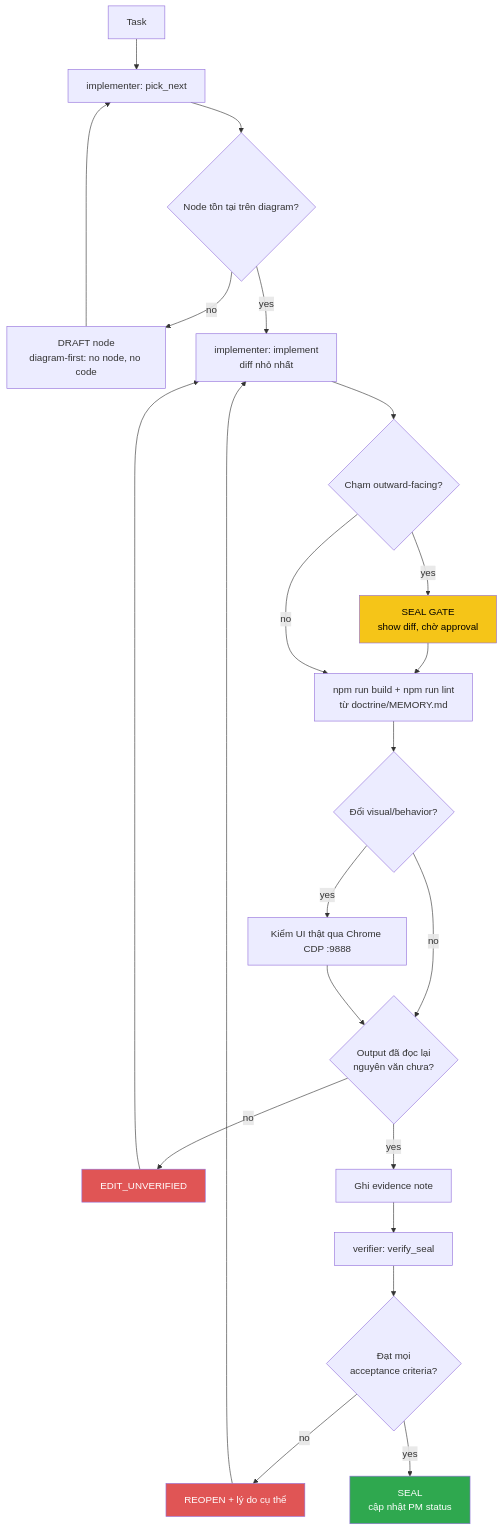
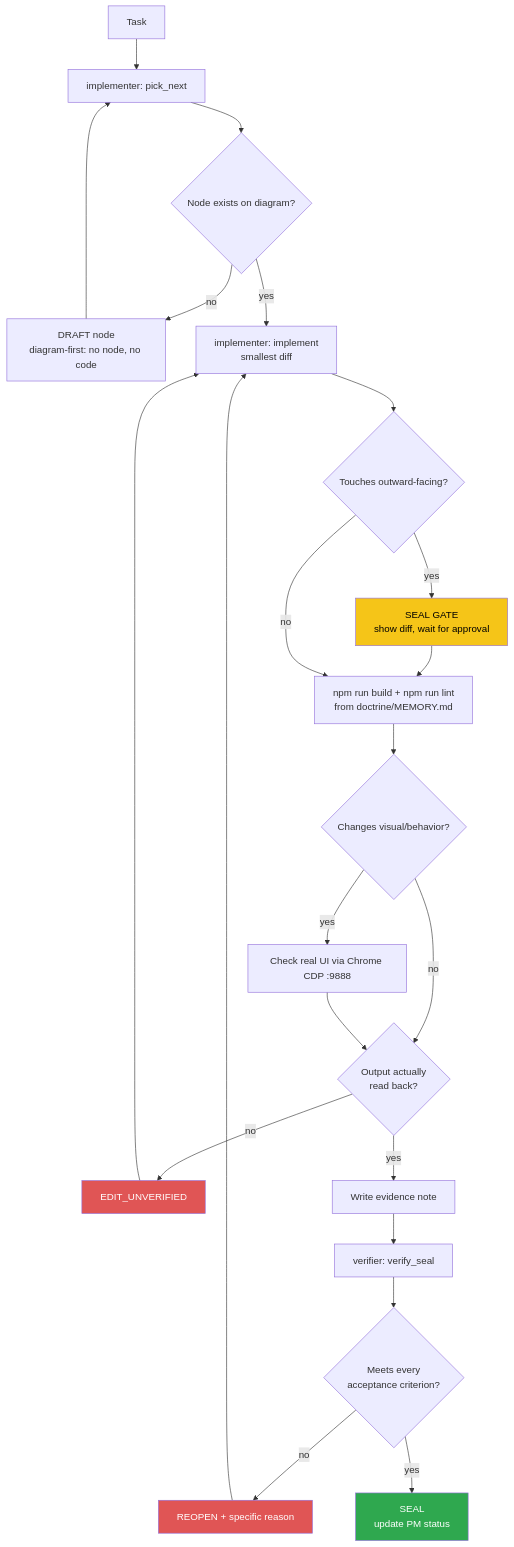
Before and after one commit to datvt243/datvt243.github.io: the diagram in agent-hub/haven/diagrams/dev-loop.prime-mermaid.md, drawn with Mermaid. The commit also changed other lines of this file and 34 other files, not shown here.

First line of the commit message:
docs: translate agent-hub doctrine/haven/evidence/histories to English

````diff
--- a/agent-hub/haven/diagrams/dev-loop.prime-mermaid.md
+++ b/agent-hub/haven/diagrams/dev-loop.prime-mermaid.md
@@ -10,31 +10,31 @@
 ```mermaid
 flowchart TD
     task[Task] --> pick[implementer: pick_next]
-    pick --> exist{Node tồn tại trên diagram?}
+    pick --> exist{Node exists on diagram?}
     exist -- no --> draft[DRAFT node<br/>diagram-first: no node, no code]
     draft --> pick
-    exist -- yes --> impl[implementer: implement<br/>diff nhỏ nhất]
-    impl --> outward{Chạm outward-facing?}
-    outward -- yes --> gate[SEAL GATE<br/>show diff, chờ approval]
+    exist -- yes --> impl[implementer: implement<br/>smallest diff]
+    impl --> outward{Touches outward-facing?}
+    outward -- yes --> gate[SEAL GATE<br/>show diff, wait for approval]
     gate --> build
-    outward -- no --> build[npm run build + npm run lint<br/>từ doctrine/MEMORY.md]
-    build --> visual{Đổi visual/behavior?}
-    visual -- yes --> cdp[Kiểm UI thật qua Chrome CDP :9888]
+    outward -- no --> build[npm run build + npm run lint<br/>from doctrine/MEMORY.md]
+    build --> visual{Changes visual/behavior?}
+    visual -- yes --> cdp[Check real UI via Chrome CDP :9888]
     visual -- no --> readback
-    cdp --> readback{Output đã đọc lại<br/>nguyên văn chưa?}
+    cdp --> readback{Output actually<br/>read back?}
     readback -- no --> unverified[EDIT_UNVERIFIED]
     unverified --> impl
-    readback -- yes --> evidence[Ghi evidence note]
+    readback -- yes --> evidence[Write evidence note]
     evidence --> verifier[verifier: verify_seal]
-    verifier --> verdict{Đạt mọi<br/>acceptance criteria?}
-    verdict -- no --> reopen[REOPEN + lý do cụ thể]
+    verifier --> verdict{Meets every<br/>acceptance criterion?}
+    verdict -- no --> reopen[REOPEN + specific reason]
     reopen --> impl
-    verdict -- yes --> seal[SEAL<br/>cập nhật PM status]
+    verdict -- yes --> seal[SEAL<br/>update PM status]
 
     classDef gate fill:#f5c518,color:#000
     classDef bad fill:#e05555,color:#fff
     classDef good fill:#2fa84f,color:#fff
     class gate gate
     class unverified,reopen bad
     class seal good
 ```
````
